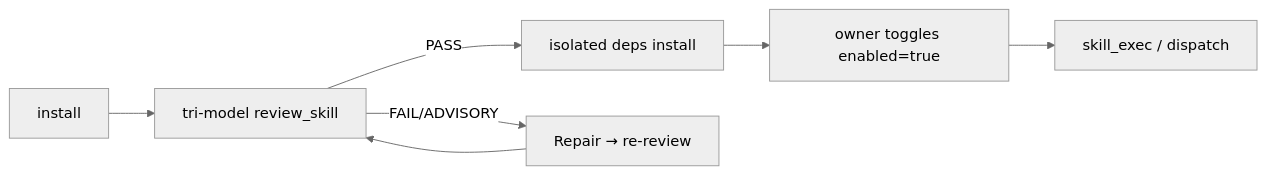
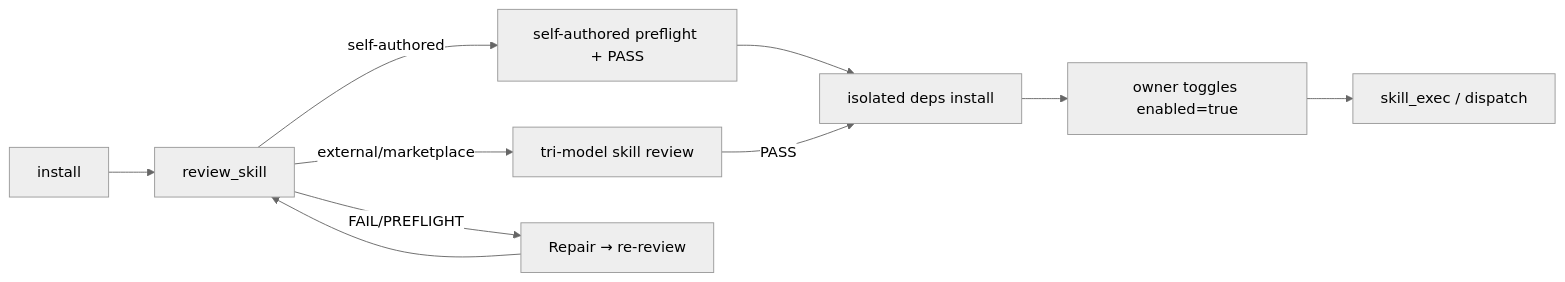
The diagram in docs/CREATING_SKILLS.md (kazzand/ouroboros-desktop), drawn with Mermaid (neutral theme) before and after one commit. The commit also changed other lines of this file and 23 other files, not shown here.

Commit message:
v5.8.2: auto-finalize self-authored skills

````diff
--- a/docs/CREATING_SKILLS.md
+++ b/docs/CREATING_SKILLS.md
@@ -106,9 +117,12 @@
 ```mermaid
 flowchart LR
-    install[install] --> review[tri-model review_skill]
-    review -- PASS --> deps[isolated deps install]
+    install[install] --> review[review_skill]
+    review -- self-authored --> fast[self-authored preflight + PASS]
+    review -- external/marketplace --> triad[tri-model skill review]
+    fast --> deps[isolated deps install]
+    triad -- PASS --> deps
     deps --> enable[owner toggles enabled=true]
     enable --> execute[skill_exec / dispatch]
-    review -- FAIL/ADVISORY --> repair[Repair → re-review]
+    review -- FAIL/PREFLIGHT --> repair[Repair → re-review]
     repair --> review
 ```
````
